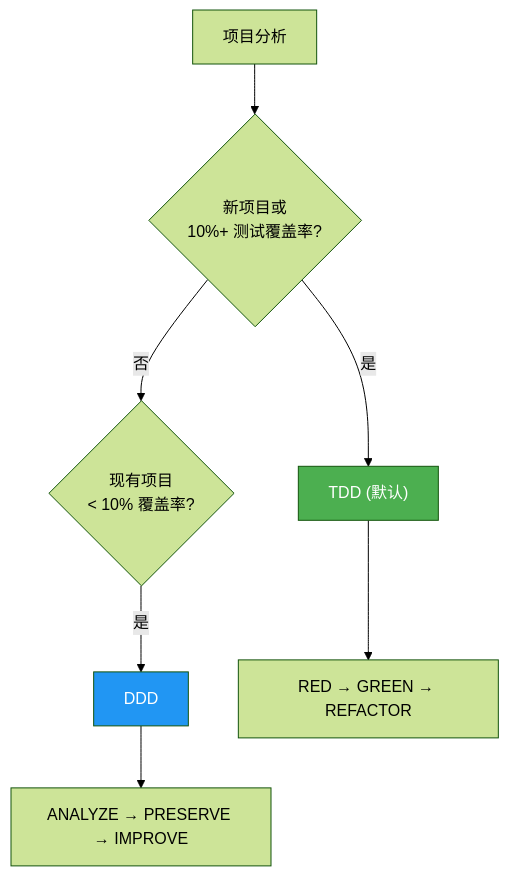
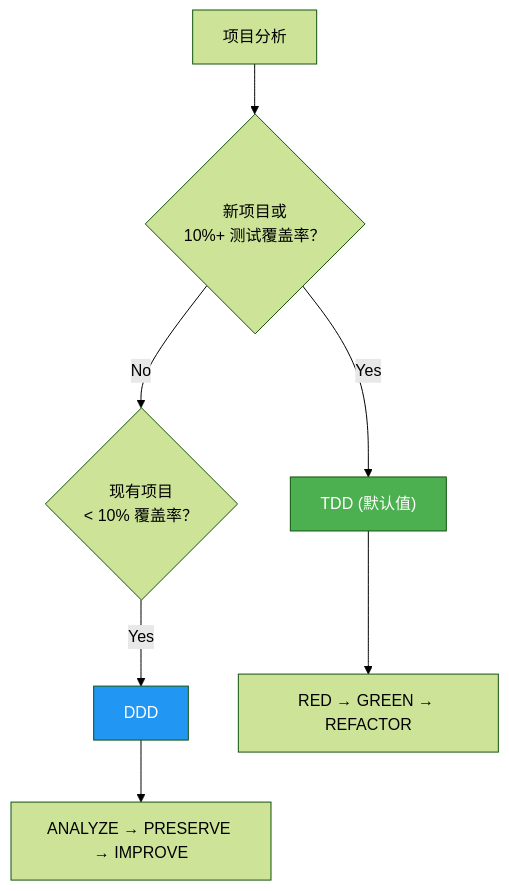
One commit to modu-ai/moai-adk changed the diagram in docs-site/content/zh/getting-started/faq.md. Above: the diagram before and after it, drawn with Mermaid (forest theme). The commit also changed other lines of this file and 395 other files, not shown here.

````diff
--- a/docs-site/content/zh/getting-started/faq.md
+++ b/docs-site/content/zh/getting-started/faq.md
@@ -156,12 +176,12 @@
 ```mermaid
 flowchart TD
-    A["项目分析"] --> B{"新项目或<br/>10%+ 测试覆盖率?"}
-    B -->|"是"| C["TDD (默认)"]
-    B -->|"否"| D{"现有项目<br/>< 10% 覆盖率?"}
-    D -->|"是"| E["DDD"]
+    A["项目分析"] --> B{"新项目或<br/>10%+ 测试覆盖率？"}
+    B -->|"Yes"| C["TDD (默认值)"]
+    B -->|"No"| D{"现有项目<br/>< 10% 覆盖率？"}
+    D -->|"Yes"| E["DDD"]
     C --> F["RED → GREEN → REFACTOR"]
     E --> G["ANALYZE → PRESERVE → IMPROVE"]
 
     style C fill:#4CAF50,color:#fff
     style E fill:#2196F3,color:#fff
 ```
````
